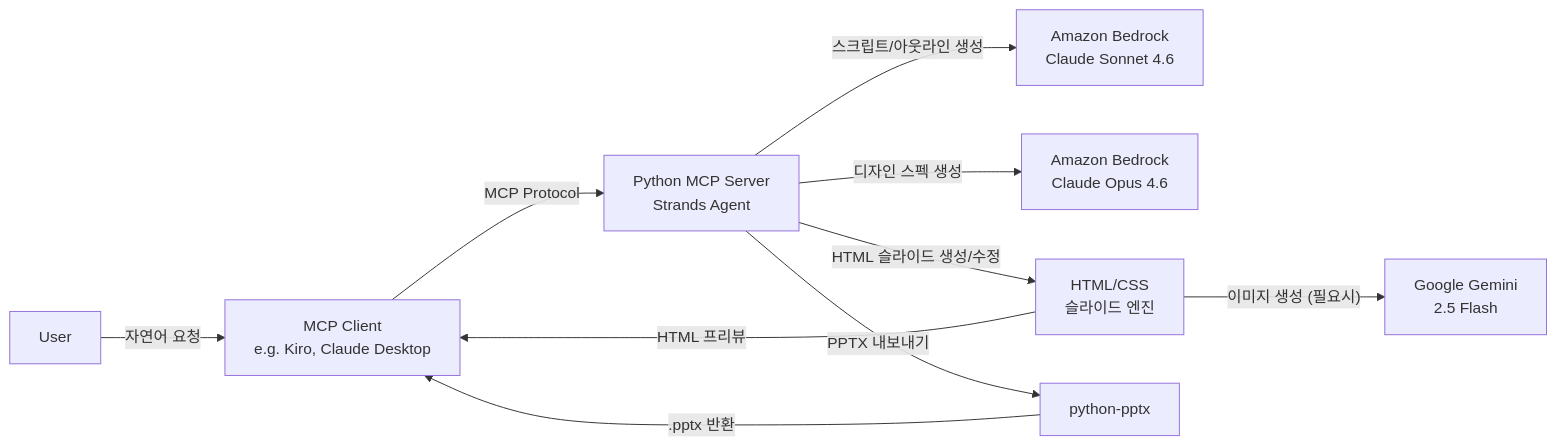
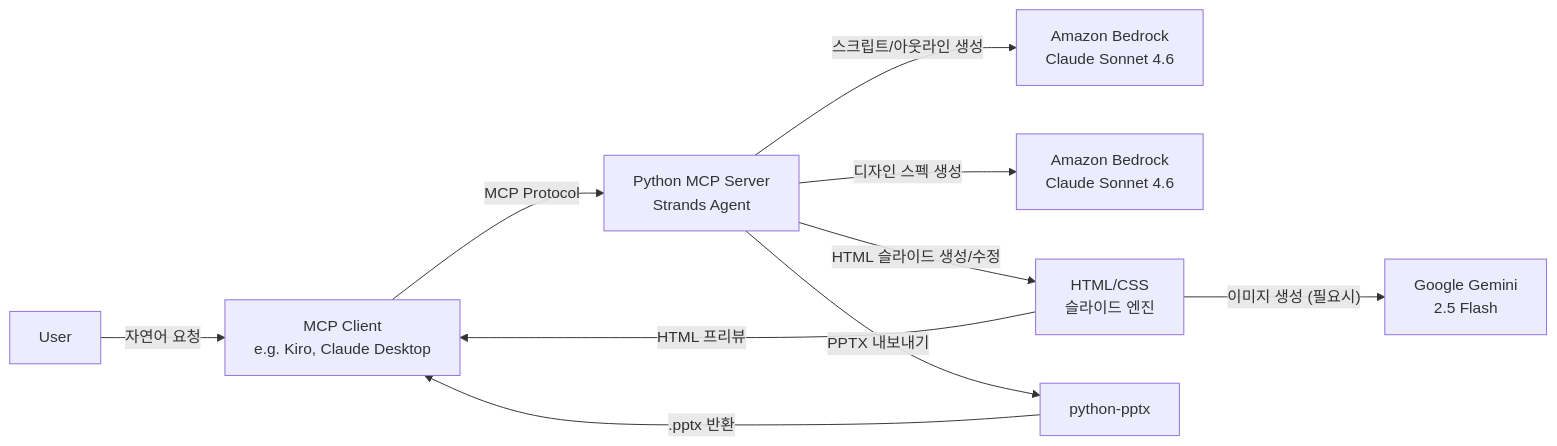
One commit to haandol/ppt-generator changed the first of 3 diagrams in docs/ppt-generator.alps.md. Above: the diagram before and after it, drawn with Mermaid. The commit also changed other lines of this file and 13 other files, not shown here.

First line of the commit message:
refactor(llm): switch design spec model from Opus to Sonnet 4.6 and improve validator

````diff
--- a/docs/ppt-generator.alps.md
+++ b/docs/ppt-generator.alps.md
@@ -103,12 +103,12 @@
 ```mermaid
 flowchart LR
     User -- "자연어 요청" --> MCPClient[MCP Client\ne.g. Kiro, Claude Desktop]
     MCPClient -- "MCP Protocol" --> MCPServer[Python MCP Server\nStrands Agent]
     MCPServer -- "스크립트/아웃라인 생성" --> Bedrock[Amazon Bedrock\nClaude Sonnet 4.6]
-    MCPServer -- "디자인 스펙 생성" --> BedrockOpus[Amazon Bedrock\nClaude Opus 4.6]
+    MCPServer -- "디자인 스펙 생성" --> BedrockSonnet2[Amazon Bedrock\nClaude Sonnet 4.6]
     MCPServer -- "HTML 슬라이드 생성/수정" --> HTMLEngine[HTML/CSS\n슬라이드 엔진]
     HTMLEngine -- "이미지 생성 (필요시)" --> Gemini[Google Gemini\n2.5 Flash]
     MCPServer -- "PPTX 내보내기" --> PythonPptx[python-pptx]
     HTMLEngine -- "HTML 프리뷰" --> MCPClient
     PythonPptx -- ".pptx 반환" --> MCPClient
 ```
````
